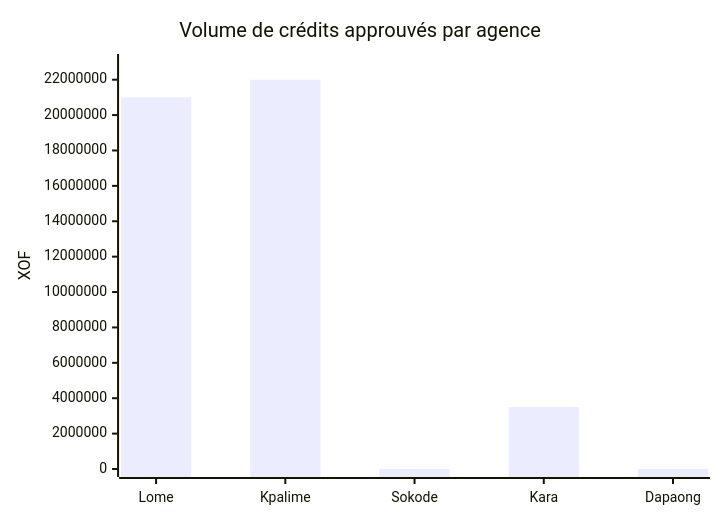
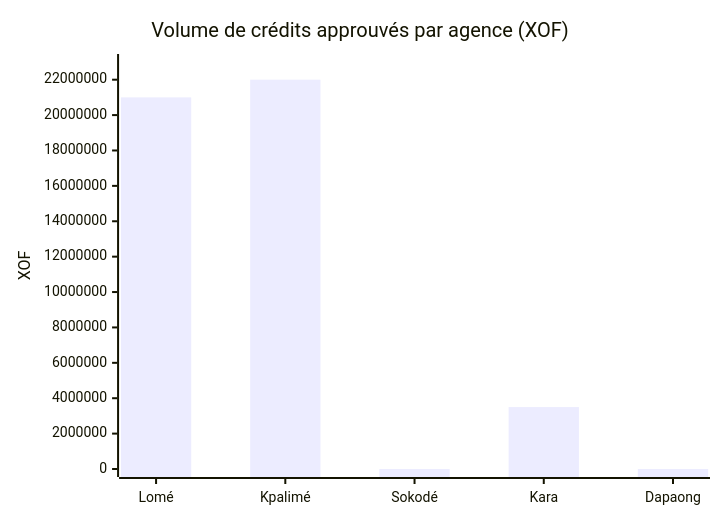
The ninth of 10 diagrams in presentation/presentation.md (JosherenPro/projet_base_federee_DBA), drawn with Mermaid before and after one commit. The commit also changed other lines of this file and 1 other file, not shown here.

````diff
--- a/presentation/presentation.md
+++ b/presentation/presentation.md
@@ -959,7 +924,7 @@
 ```mermaid
 xychart-beta
-    title "Volume de crédits approuvés par agence"
-    x-axis ["Lome", "Kpalime", "Sokode", "Kara", "Dapaong"]
+    title "Volume de crédits approuvés par agence (XOF)"
+    x-axis ["Lomé", "Kpalimé", "Sokodé", "Kara", "Dapaong"]
     y-axis "XOF" 0 --> 23000000
     bar [21000000, 22000000, 0, 3500000, 0]
 ```
````
